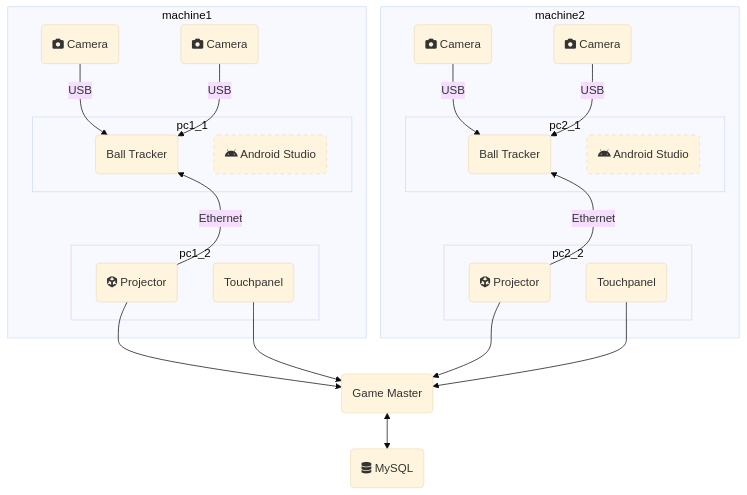
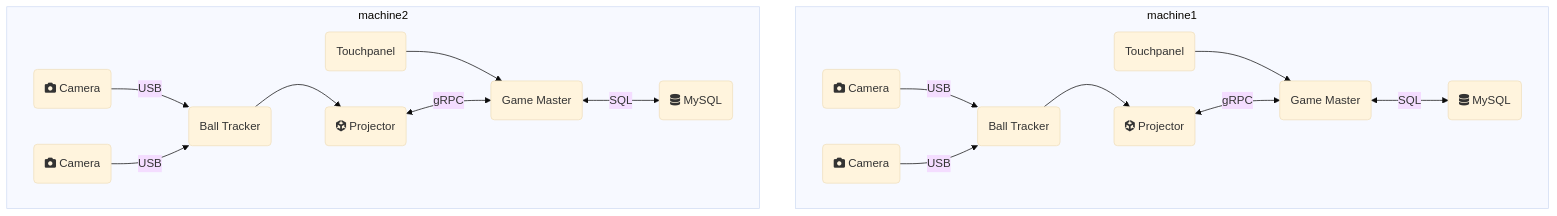
One commit to TK75Attractions/struckout changed the diagram in docs/diagrams/architecture.mmd. Above: the diagram before and after it, drawn with Mermaid (base theme). The commit also changed 1 other file, not shown here.

```diff
--- a/docs/diagrams/architecture.mmd
+++ b/docs/diagrams/architecture.mmd
@@ -1,55 +1,40 @@
 flowchart TD
-    classDef studio_class stroke-dasharray:5
     subgraph machine1
-        subgraph pc1_1
-            ball_tracker1("Ball Tracker")
-            android_studio1("fab:fa-android Android Studio")
-            class android_studio1 studio_class
-        end
-
-        subgraph pc1_2
-            projector1("fab:fa-unity Projector")
-            touchpanel1("Touchpanel")
-        end
-
+        ball_tracker1("Ball Tracker")
+        projector1("fab:fa-unity Projector")
+        touchpanel1("Touchpanel")
         camera1_1("fa:fa-camera Camera")
         camera1_2("fa:fa-camera Camera")
+        game_master1("Game Master")
+        database1("fa:fa-database MySQL")
     end
 
     subgraph machine2
-        subgraph pc2_1
-            ball_tracker2("Ball Tracker")
-            android_studio2("fab:fa-android Android Studio")
-            class android_studio2 studio_class
-        end
-
-        subgraph pc2_2
-            projector2("fab:fa-unity Projector")
-            touchpanel2("Touchpanel")
-        end
-
+        ball_tracker2("Ball Tracker")
+        projector2("fab:fa-unity Projector")
+        touchpanel2("Touchpanel")
         camera2_1("fa:fa-camera Camera")
         camera2_2("fa:fa-camera Camera")
+        game_master2("Game Master")
+        database2("fa:fa-database MySQL")
     end
 
     %%subgraph dashboard_暇だったら作る
     %%    worker("fab:fa-cloudflare Worker")
     %%    do("fab:fa-cloudflare Durable Objects")
     %%end
 
-    database("fa:fa-database MySQL")
+    camera1_1 & camera1_2 --USB--> ball_tracker1
+    camera2_1 & camera2_2 --USB--> ball_tracker2
 
-    game_master("Game Master")
+    ball_tracker1 --> projector1
+    ball_tracker2 --> projector2
 
-    camera1_1 & camera1_2 --USB--> ball_tracker1
-    camera2_1 & camera2_2 --USB--> ball_tracker2 
+    touchpanel1 --> game_master1 <--SQL--> database1
+    touchpanel2 --> game_master2 <--SQL--> database2
 
-    projector1 --Ethernet--> ball_tracker1
-    projector2 --Ethernet--> ball_tracker2
+    projector1 <--gRPC--> game_master1
+    projector2 <--gRPC--> game_master2
 
-    touchpanel1 & touchpanel2 --> game_master <--> database
-
-    projector1 & projector2 --> game_master
-
-    ball_tracker1 ~~~ projector1 ~~~ game_master
-    ball_tracker2 ~~~ projector2 ~~~ game_master
+    ball_tracker1 ~~~ projector1 ~~~ game_master1
+    ball_tracker2 ~~~ projector2 ~~~ game_master2
```
